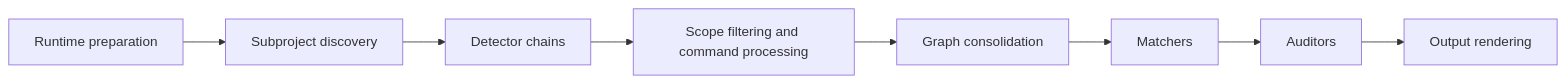
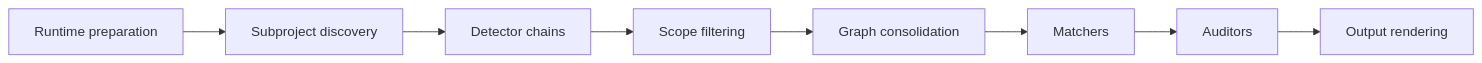
One commit to bomly-dev/bomly-cli changed the second of 3 diagrams in docs/ARCHITECTURE.md. Above: the diagram before and after it, drawn with Mermaid. The commit also changed other lines of this file and 6 other files, not shown here.

````diff
--- a/docs/ARCHITECTURE.md
+++ b/docs/ARCHITECTURE.md
@@ -51,13 +50,13 @@
 ```mermaid
 flowchart LR
     A[Runtime preparation]
     B[Subproject discovery]
     C[Detector chains]
-    D[Scope filtering and command processing]
+    D[Scope filtering]
     E[Graph consolidation]
     F[Matchers]
     G[Auditors]
     H[Output rendering]
 
     A --> B --> C --> D --> E --> F --> G --> H
 ```
````
